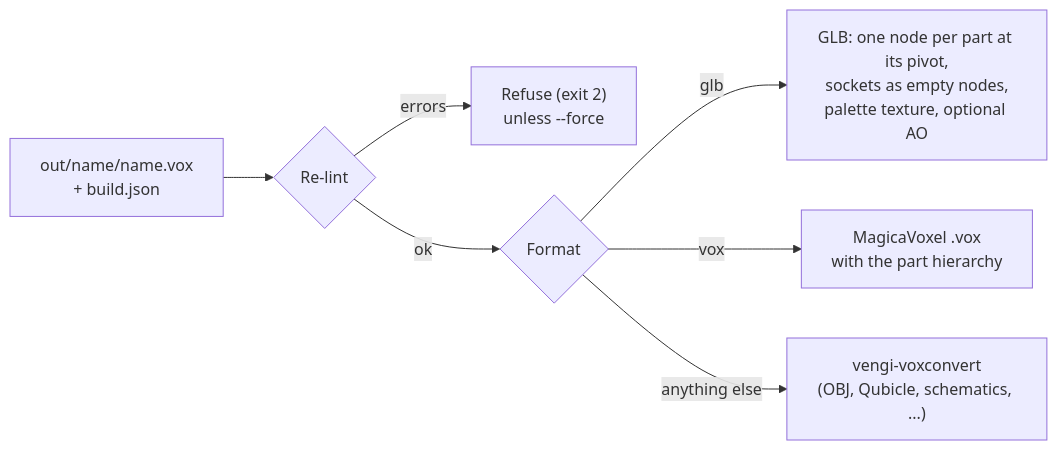
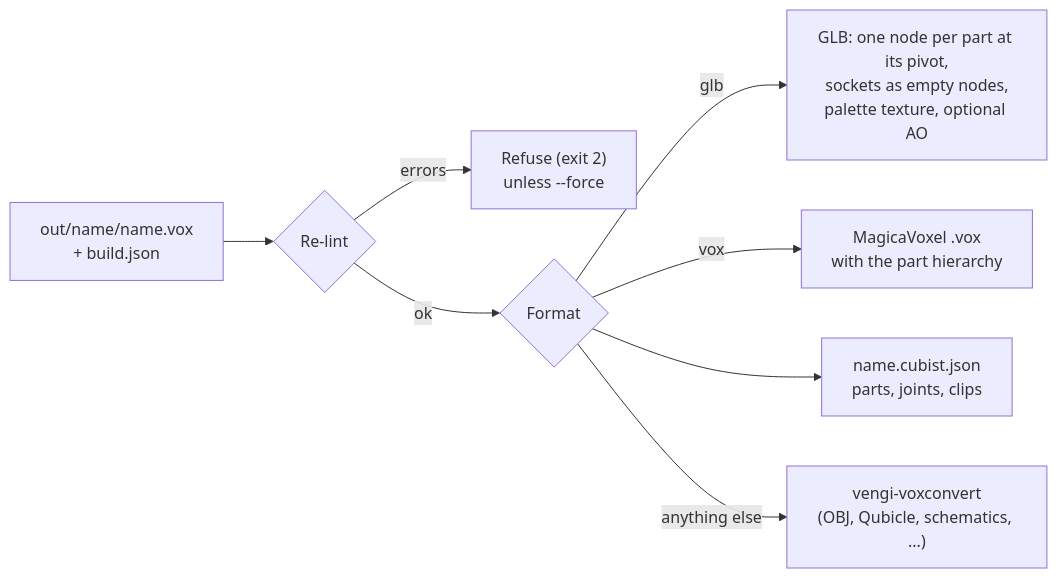
One commit to Kalcode/cubist-voxel changed the sixth of 6 diagrams in docs/how-it-works.md. Above: the diagram before and after it, drawn with Mermaid. The commit also changed other lines of this file and 8 other files, not shown here.

````diff
--- a/docs/how-it-works.md
+++ b/docs/how-it-works.md
@@ -154,9 +179,10 @@
 ```mermaid
 flowchart LR
     out["out/name/name.vox<br/>+ build.json"] --> relint{Re-lint}
     relint -->|errors| stop["Refuse (exit 2)<br/>unless --force"]
     relint -->|ok| fmt{Format}
     fmt -->|glb| glb["GLB: one node per part at its pivot,<br/>sockets as empty nodes,<br/>palette texture, optional AO"]
     fmt -->|vox| vox["MagicaVoxel .vox<br/>with the part hierarchy"]
+    fmt --> manifest["name.cubist.json<br/>parts, joints, clips"]
     fmt -->|anything else| vengi["vengi-voxconvert<br/>(OBJ, Qubicle, schematics, ...)"]
 ```
````
